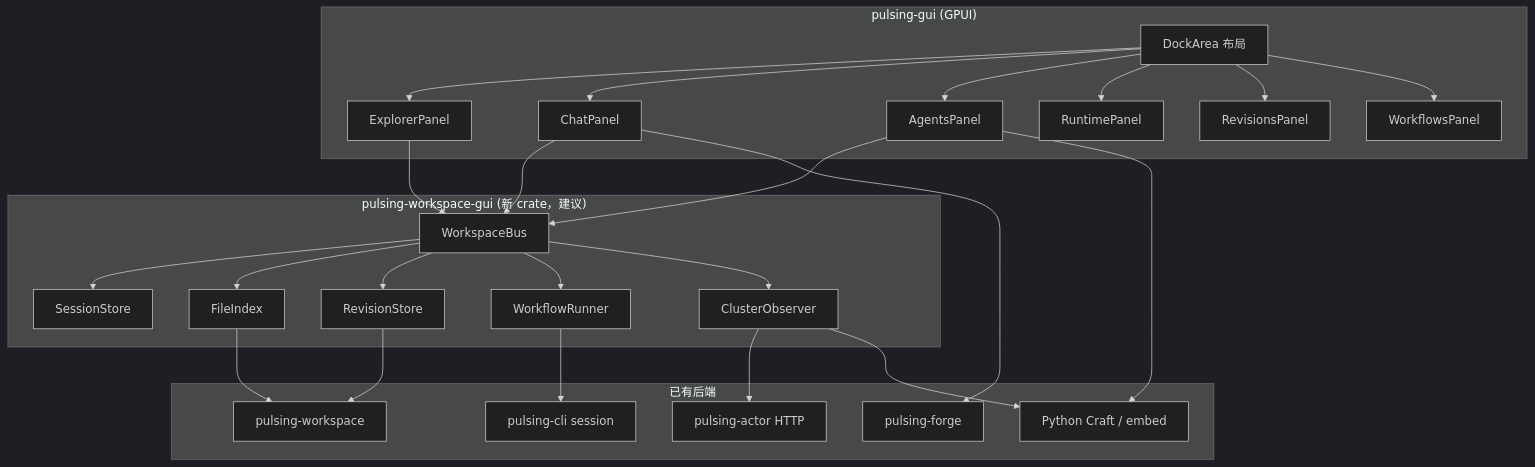
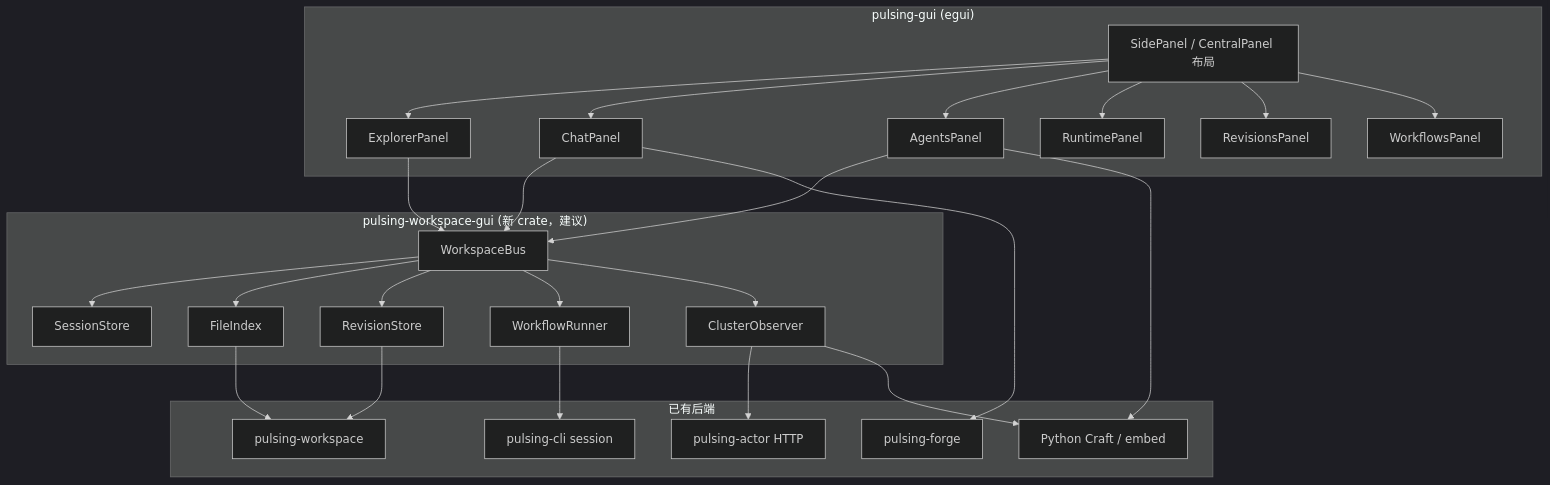
Before and after one commit to DeepLink-org/Pulsing: the first of 2 diagrams in docs/design/agent-workspace-gui.md, drawn with Mermaid (dark theme). The commit also changed other lines of this file and 40 other files, not shown here.

First line of the commit message:
feat: update pulsing-gui with new chat interface and improved file management

````diff
--- a/docs/design/agent-workspace-gui.md
+++ b/docs/design/agent-workspace-gui.md
@@ -49,40 +50,40 @@
 ```mermaid
 flowchart TB
-    subgraph GUI["pulsing-gui (GPUI)"]
-        Dock[DockArea 布局]
+    subgraph GUI["pulsing-gui (egui)"]
+        Layout[SidePanel / CentralPanel 布局]
         Explorer[ExplorerPanel]
         Chat[ChatPanel]
         Agents[AgentsPanel]
         Runtime[RuntimePanel]
         Revisions[RevisionsPanel]
         Workflows[WorkflowsPanel]
     end
 
     subgraph Core["pulsing-workspace-gui (新 crate，建议)"]
         Bus[WorkspaceBus]
         Sessions[SessionStore]
         Files[FileIndex]
         Rev[RevisionStore]
         Wf[WorkflowRunner]
         Cluster[ClusterObserver]
     end
 
     subgraph Existing["已有后端"]
         WS[pulsing-workspace]
         Forge[pulsing-forge]
         CLI[pulsing-cli session]
         Actor[pulsing-actor HTTP]
         Py[Python Craft / embed]
     end
 
-    Dock --> Explorer & Chat & Agents & Runtime & Revisions & Workflows
+    Layout --> Explorer & Chat & Agents & Runtime & Revisions & Workflows
     Explorer & Chat & Agents --> Bus
     Bus --> Sessions & Files & Rev & Wf & Cluster
     Files --> WS
     Rev --> WS
     Wf --> CLI
     Cluster --> Actor
     Cluster --> Py
     Chat --> Forge
     Agents --> Py
 ```
````
